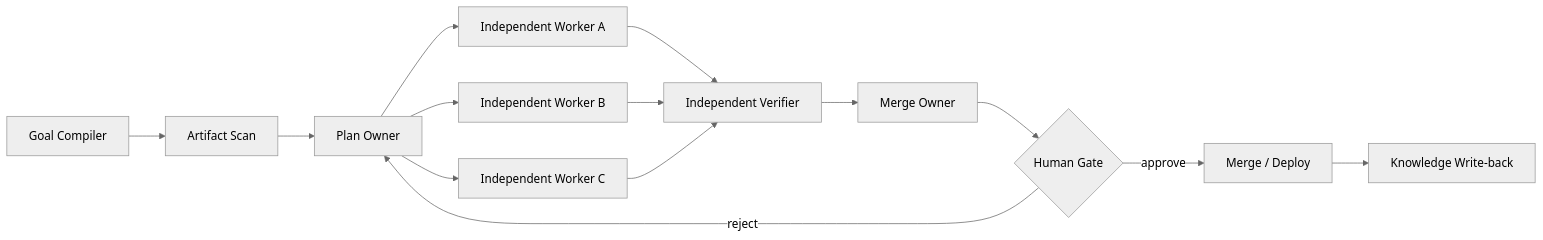
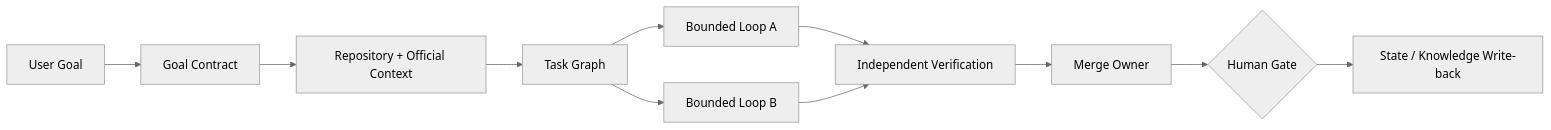
The diagram in docs/architecture.md (DarumaPPAP/Unity-Graph-Engineering), drawn with Mermaid (neutral theme) before and after one commit. The commit also changed other lines of this file, not shown here.

Commit message:
refactor: document AI-side Unity production architecture

````diff
--- a/docs/architecture.md
+++ b/docs/architecture.md
@@ -32,16 +7,13 @@
 ```mermaid
 flowchart LR
-    A[Goal Compiler] --> B[Artifact Scan]
-    B --> C[Plan Owner]
-    C --> D1[Independent Worker A]
-    C --> D2[Independent Worker B]
-    C --> D3[Independent Worker C]
-    D1 --> E[Independent Verifier]
-    D2 --> E
-    D3 --> E
-    E --> F[Merge Owner]
-    F --> G{Human Gate}
-    G -->|approve| H[Merge / Deploy]
-    G -->|reject| C
-    H --> I[Knowledge Write-back]
+    User[User Goal] --> Contract[Goal Contract]
+    Contract --> Context[Repository + Official Context]
+    Context --> Graph[Task Graph]
+    Graph --> LoopA[Bounded Loop A]
+    Graph --> LoopB[Bounded Loop B]
+    LoopA --> Verify[Independent Verification]
+    LoopB --> Verify
+    Verify --> Merge[Merge Owner]
+    Merge --> Human{Human Gate}
+    Human --> State[State / Knowledge Write-back]
 ```
````
